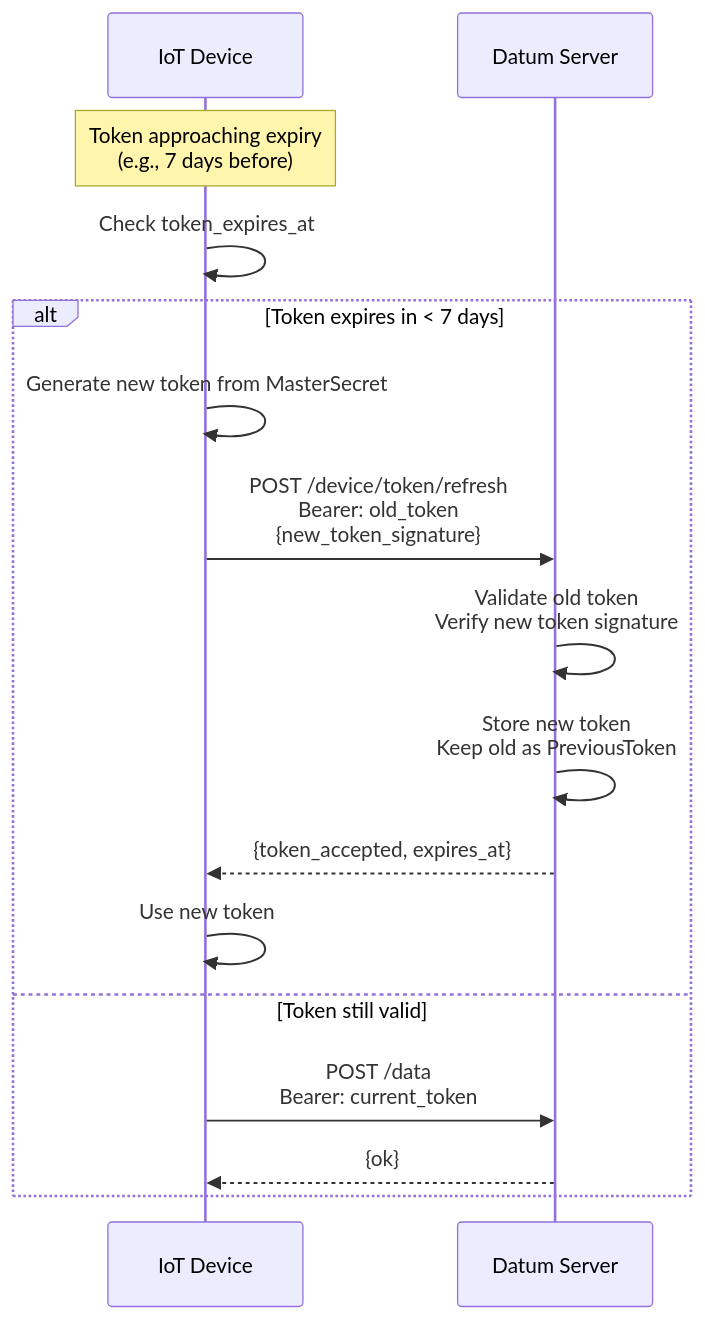
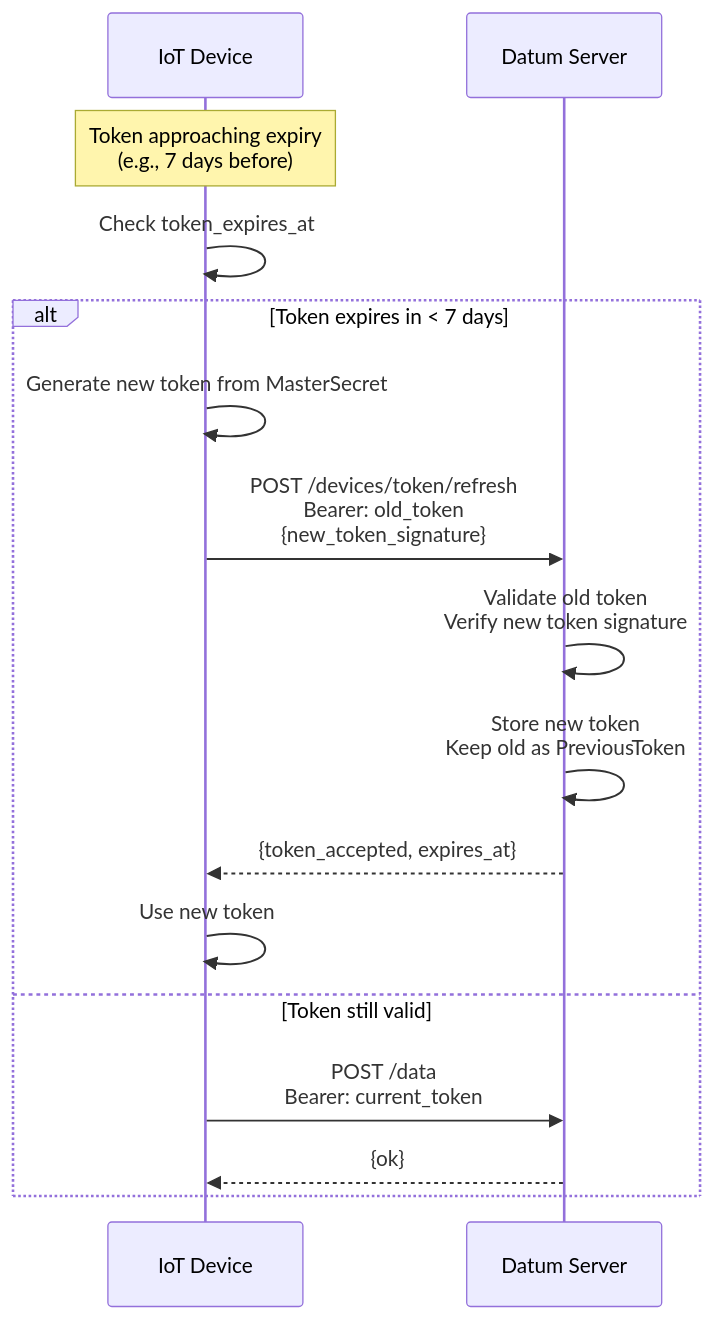
One commit to tevfik/datum-server changed the seventh of 11 diagrams in docs/diagrams/API_KEY_SECURITY.md. Above: the diagram before and after it, drawn with Mermaid. The commit also changed other lines of this file and 30 other files, not shown here.

````diff
--- a/docs/diagrams/API_KEY_SECURITY.md
+++ b/docs/diagrams/API_KEY_SECURITY.md
@@ -219,21 +219,21 @@
 ```mermaid
 sequenceDiagram
     participant Device as IoT Device
     participant Server as Datum Server
     
     Note over Device: Token approaching expiry<br/>(e.g., 7 days before)
     
     Device->>Device: Check token_expires_at
     
     alt Token expires in < 7 days
         Device->>Device: Generate new token from MasterSecret
-        Device->>Server: POST /device/token/refresh<br/>Bearer: old_token<br/>{new_token_signature}
+        Device->>Server: POST /devices/token/refresh<br/>Bearer: old_token<br/>{new_token_signature}
         Server->>Server: Validate old token<br/>Verify new token signature
         Server->>Server: Store new token<br/>Keep old as PreviousToken
         Server-->>Device: {token_accepted, expires_at}
         Device->>Device: Use new token
     else Token still valid
         Device->>Server: POST /data<br/>Bearer: current_token
         Server-->>Device: {ok}
     end
 ```
````
